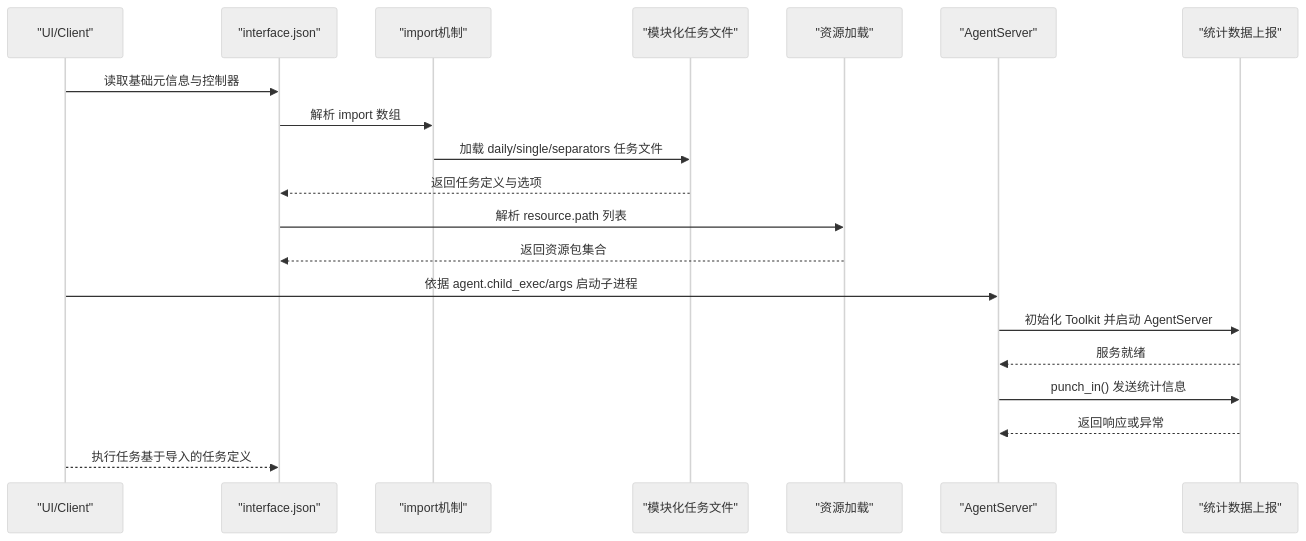
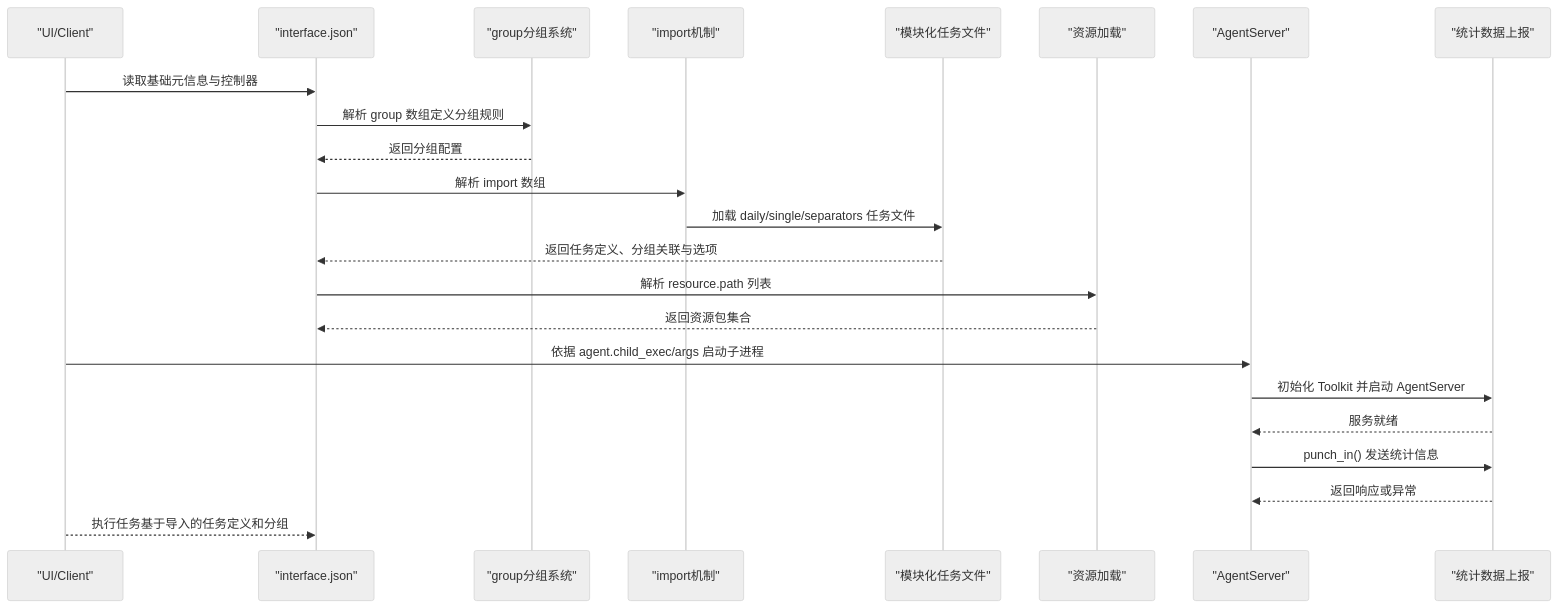
Before and after one commit to kqcoxn/MaaDuDuL: the second of 8 diagrams in .qoder/repowiki/zh/content/系统架构与设计/配置体系与资源管理/界面接口配置/界面接口配置.md, drawn with Mermaid (neutral theme). The commit also changed other lines of this file and 12 other files, not shown here.

````diff
--- a/.qoder/repowiki/zh/content/系统架构与设计/配置体系与资源管理/界面接口配置/界面接口配置.md
+++ b/.qoder/repowiki/zh/content/系统架构与设计/配置体系与资源管理/界面接口配置/界面接口配置.md
@@ -107,22 +120,25 @@
 ```mermaid
 sequenceDiagram
 participant UI as "UI/Client"
 participant IF as "interface.json"
+participant Group as "group分组系统"
 participant Import as "import机制"
 participant Tasks as "模块化任务文件"
 participant Res as "资源加载"
 participant Agent as "AgentServer"
 participant DevOps as "统计数据上报"
 UI->>IF : 读取基础元信息与控制器
+IF->>Group : 解析 group 数组定义分组规则
+Group-->>IF : 返回分组配置
 IF->>Import : 解析 import 数组
 Import->>Tasks : 加载 daily/single/separators 任务文件
-Tasks-->>IF : 返回任务定义与选项
+Tasks-->>IF : 返回任务定义、分组关联与选项
 IF->>Res : 解析 resource.path 列表
 Res-->>IF : 返回资源包集合
 UI->>Agent : 依据 agent.child_exec/args 启动子进程
 Agent->>DevOps : 初始化 Toolkit 并启动 AgentServer
 DevOps-->>Agent : 服务就绪
 Agent->>DevOps : punch_in() 发送统计信息
 DevOps-->>Agent : 返回响应或异常
-UI-->>IF : 执行任务基于导入的任务定义
+UI-->>IF : 执行任务基于导入的任务定义和分组
 ```
````
